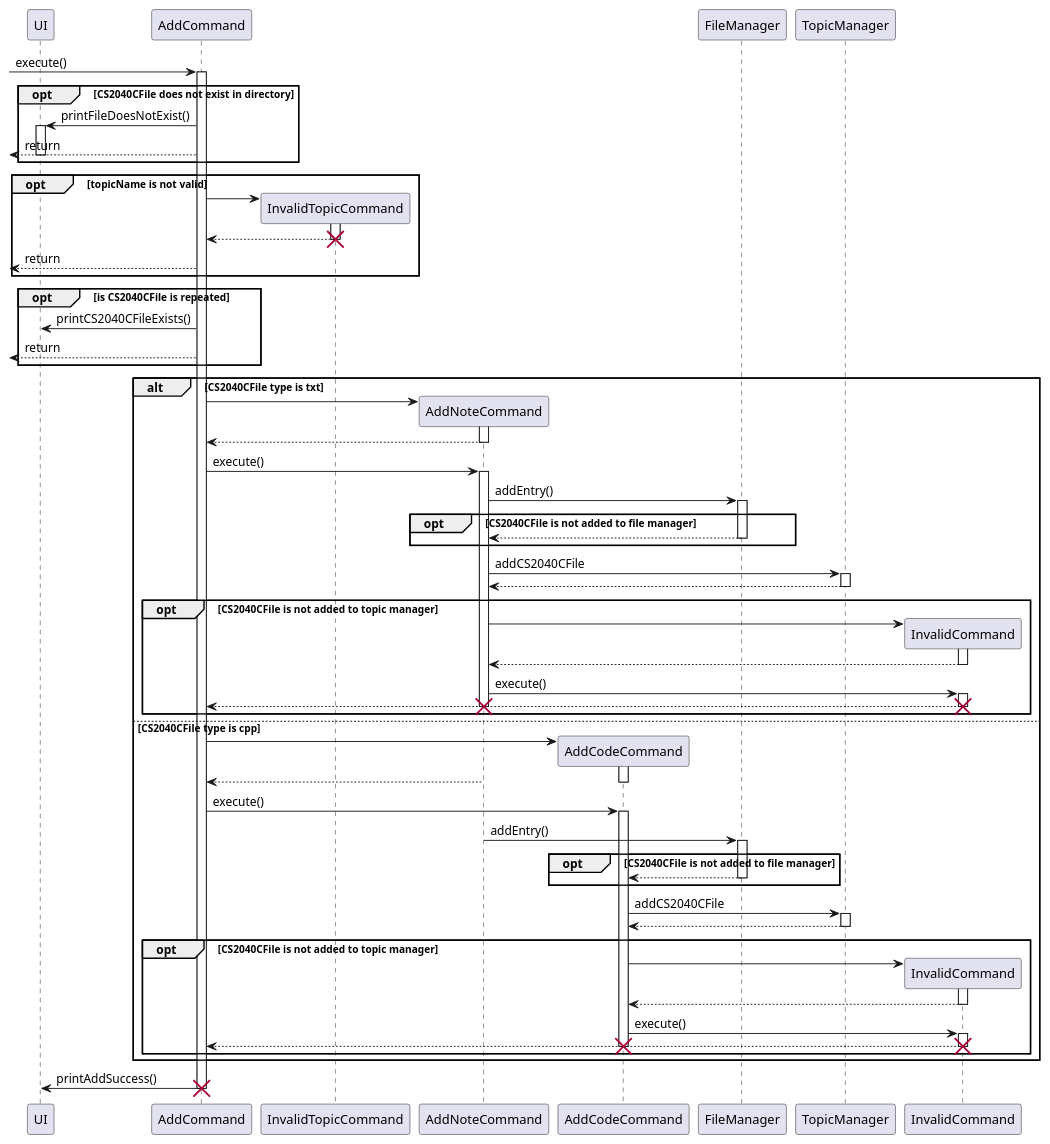
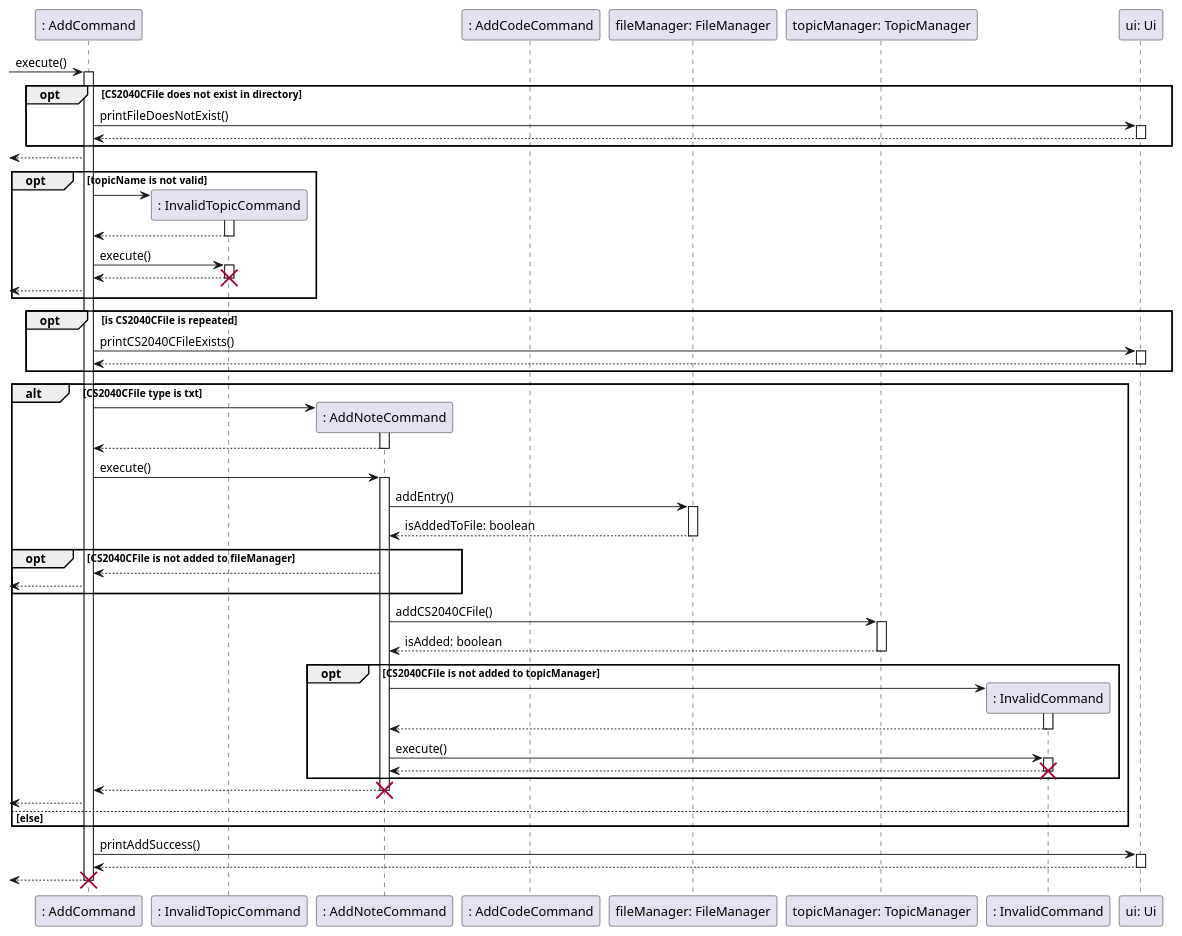
One commit to ong-ck/tp changed the diagram in docs/sequence-diagrams/source-files/AddFeature.puml. Above: the diagram before and after it, drawn with PlantUML. The commit also changed 12 other files, not shown here.

Commit message:
Change sequence diagrams to show objects instead of classes

```diff
--- a/docs/sequence-diagrams/source-files/AddFeature.puml
+++ b/docs/sequence-diagrams/source-files/AddFeature.puml
@@ -1,101 +1,80 @@
 @startuml
 
-participant UI as ui
-
-participant AddCommand as a
-participant InvalidTopicCommand as it
-participant AddNoteCommand as an
-participant AddCodeCommand as ac
-
+participant ": AddCommand" as a
+participant ": InvalidTopicCommand" as it
+participant ": AddNoteCommand" as an
+participant ": AddCodeCommand" as ac
+participant "fileManager: FileManager" as fm
+participant "topicManager: TopicManager" as tm
+participant ": InvalidCommand" as ic
+participant "ui: Ui" as ui
 
 -> a : execute()
 activate a
     opt CS2040CFile does not exist in directory
         a -> ui : printFileDoesNotExist()
         activate ui
-        <-- a : return
-        deactivate ui
+        return
     end
+    <-- a
+
     opt topicName is not valid
         a -> it **
         activate it
-        it --> a
-        deactivate it
+        return
+
+        a -> it: execute()
+        activate it
+        return
         destroy it
-        <-- a : return
+        <-- a
     end
+
     opt is CS2040CFile is repeated
         a -> ui : printCS2040CFileExists()
-        <-- a : return
+        activate ui
+        return
     end
+
     alt CS2040CFile type is txt
         a -> an **
         activate an
-        an --> a
-        deactivate an
+        return
+
         a -> an : execute()
-        participant FileManager as fm
         activate an
-        an -> fm : addEntry()
-        activate fm
-        opt CS2040CFile is not added to file manager
-            fm --> an
-            deactivate fm
+            an -> fm : addEntry()
+            activate fm
+            return isAddedToFile: boolean
+
+            opt CS2040CFile is not added to fileManager
+                an --> a
+                <-- a
+            end
+
+            an -> tm : addCS2040CFile()
+            activate tm
+            return isAdded: boolean
+
+            opt CS2040CFile is not added to topicManager
+                an -> ic **
+                activate ic
+                return
+
+                an -> ic : execute()
+                activate ic
+                return
+                destroy ic
+            end
+            return
+            destroy an
+            <-- a
+        else else
         end
-        participant TopicManager as tm
-        an -> tm : addCS2040CFile
-        activate tm
-        tm --> an
-        deactivate tm
-        opt CS2040CFile is not added to topic manager
-        participant InvalidCommand as ic
-            an -> ic **
-            activate ic
-            ic --> an
-            deactivate ic
-
-
-            an -> ic : execute()
-            activate ic
-            ic --> a
-            deactivate ic
-            destroy ic
-            destroy an
-        end
-    else CS2040CFile type is cpp
-        a -> ac **
-        activate ac
-        an --> a
-        deactivate ac
-        a -> ac : execute()
-        activate ac
-        an -> fm : addEntry()
-        activate fm
-        opt CS2040CFile is not added to file manager
-            fm --> ac
-            deactivate fm
-        end
-
-        ac -> tm : addCS2040CFile
-        activate tm
-        tm --> ac
-        deactivate tm
-        opt CS2040CFile is not added to topic manager
-            ac -> ic **
-            activate ic
-            ic --> ac
-            deactivate ic
-
-            ac -> ic : execute()
-            activate ic
-            ic --> a
-            deactivate ic
-            destroy ic
-            destroy ac
-        end
-    end
-
-a -> ui : printAddSuccess()
+    a -> ui : printAddSuccess()
+    activate ui
+    return
+return
 destroy a
 
 @enduml
```
